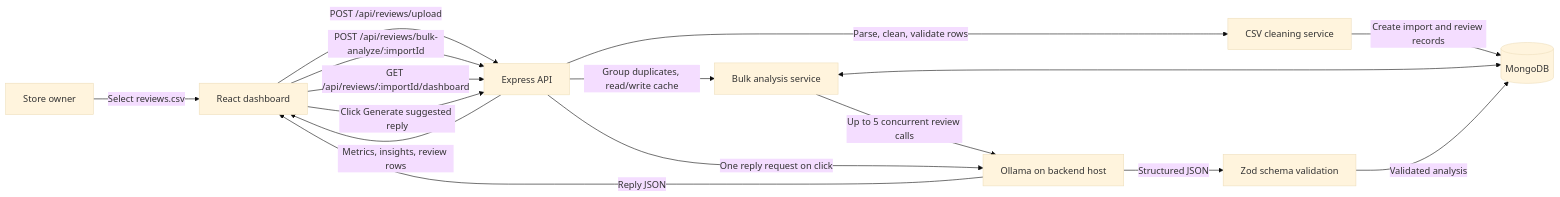
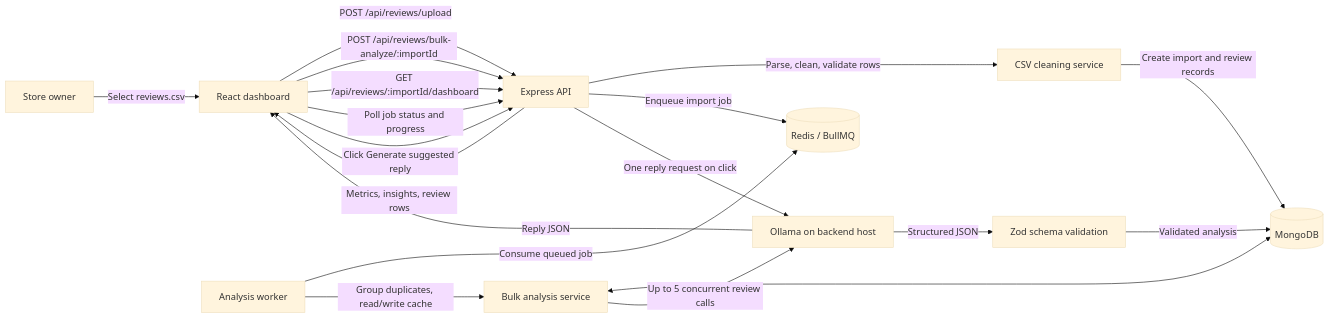
The first of 2 diagrams in README.md (anuj-yd/ReviewLens), drawn with Mermaid (base theme) before and after one commit. The commit also changed other lines of this file and 12 other files, not shown here.

Commit message:
Add Redis-backed BullMQ analysis worker

````diff
--- a/README.md
+++ b/README.md
@@ -40,18 +42,21 @@
 ```mermaid
 flowchart LR
     Owner[Store owner] -->|Select reviews.csv| Browser[React dashboard]
     Browser -->|POST /api/reviews/upload| API[Express API]
     API -->|Parse, clean, validate rows| Cleaner[CSV cleaning service]
     Cleaner -->|Create import and review records| Mongo[(MongoDB)]
     Browser -->|POST /api/reviews/bulk-analyze/:importId| API
-    API -->|Group duplicates, read/write cache| Analyzer[Bulk analysis service]
+    API -->|Enqueue import job| Redis[(Redis / BullMQ)]
+    Worker[Analysis worker] -->|Consume queued job| Redis
+    Worker -->|Group duplicates, read/write cache| Analyzer[Bulk analysis service]
     Analyzer <--> Mongo
     Analyzer -->|Up to 5 concurrent review calls| LLM[Ollama on backend host]
     LLM -->|Structured JSON| Validator[Zod schema validation]
     Validator -->|Validated analysis| Mongo
     Browser -->|GET /api/reviews/:importId/dashboard| API
     API -->|Metrics, insights, review rows| Browser
+    Browser -->|Poll job status and progress| API
     Browser -->|Click Generate suggested reply| API
     API -->|One reply request on click| LLM
     LLM -->|Reply JSON| Browser
 ```
````
